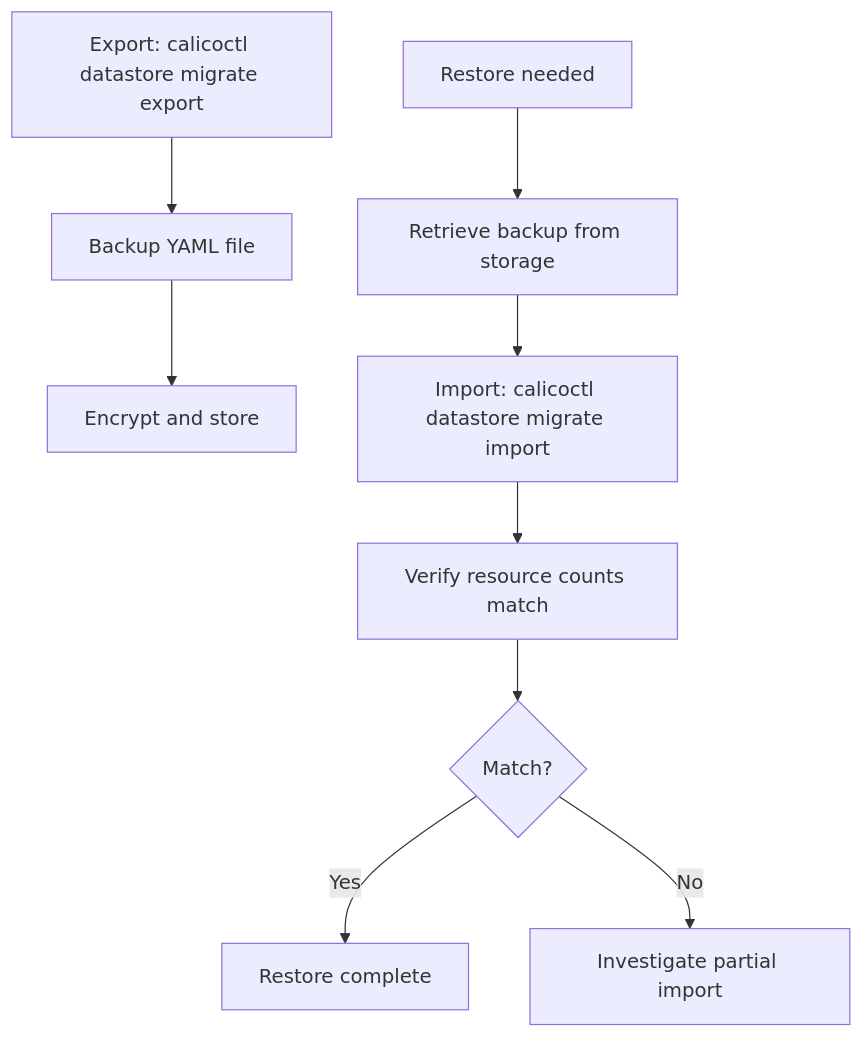
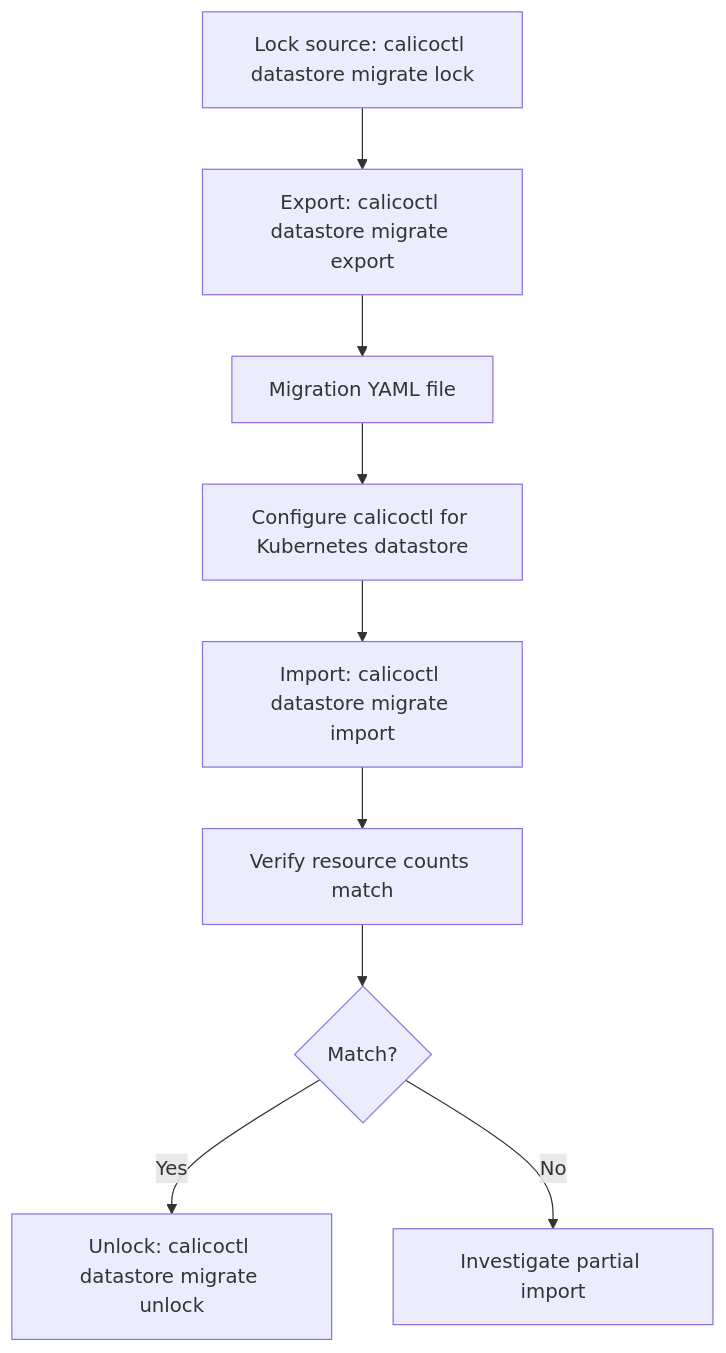
The diagram in posts/2026-03-13-avoid-mistakes-calico-datastore-export-import/README.md (OneUptime/blog), drawn with Mermaid before and after one commit. The commit also changed other lines of this file and 2 other files, not shown here.

Commit message:
validate: 2026-03-13-avoid-mistakes-calico-datastore-export-import

````diff
--- a/posts/2026-03-13-avoid-mistakes-calico-datastore-export-import/README.md
+++ b/posts/2026-03-13-avoid-mistakes-calico-datastore-export-import/README.md
@@ -38,11 +42,11 @@
 ```mermaid
 flowchart TD
-    A[Export: calicoctl datastore migrate export] --> B[Backup YAML file]
-    B --> C[Encrypt and store]
-    D[Restore needed] --> E[Retrieve backup from storage]
-    E --> F[Import: calicoctl datastore migrate import]
-    F --> G[Verify resource counts match]
-    G --> H{Match?}
-    H -->|Yes| I[Restore complete]
-    H -->|No| J[Investigate partial import]
+    A[Lock source: calicoctl datastore migrate lock] --> B[Export: calicoctl datastore migrate export]
+    B --> C[Migration YAML file]
+    C --> D[Configure calicoctl for Kubernetes datastore]
+    D --> E[Import: calicoctl datastore migrate import]
+    E --> F[Verify resource counts match]
+    F --> G{Match?}
+    G -->|Yes| H[Unlock: calicoctl datastore migrate unlock]
+    G -->|No| I[Investigate partial import]
 ```
````
